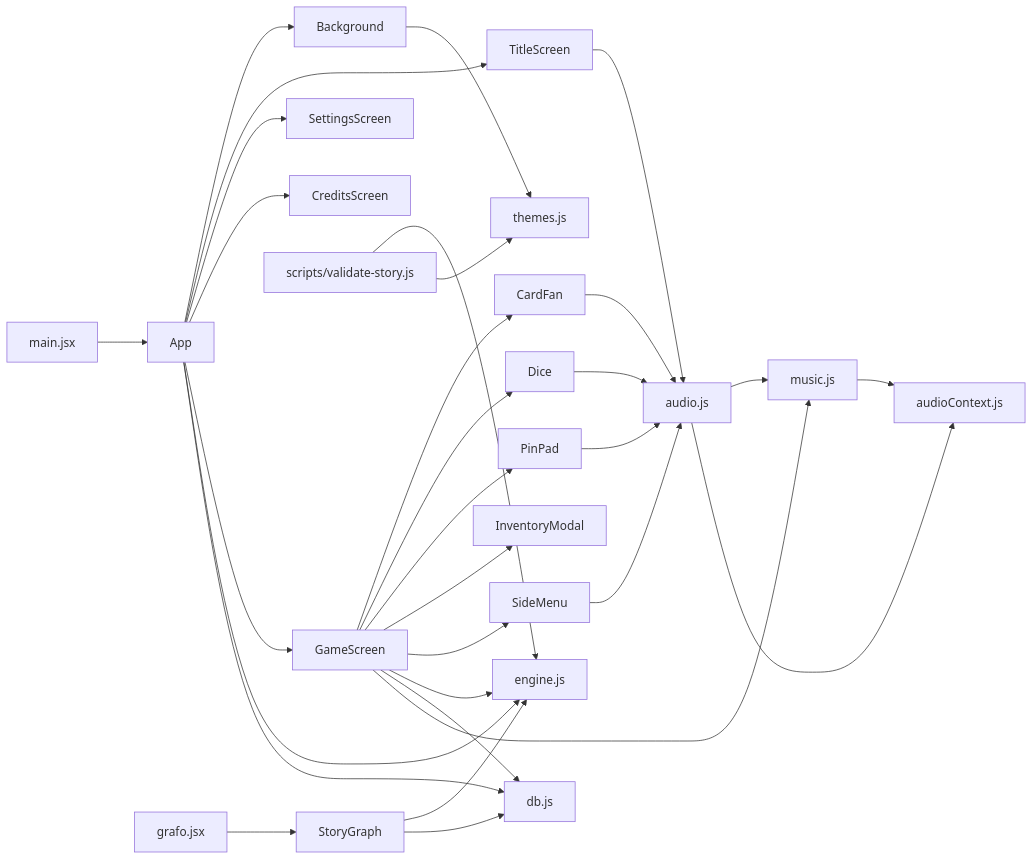
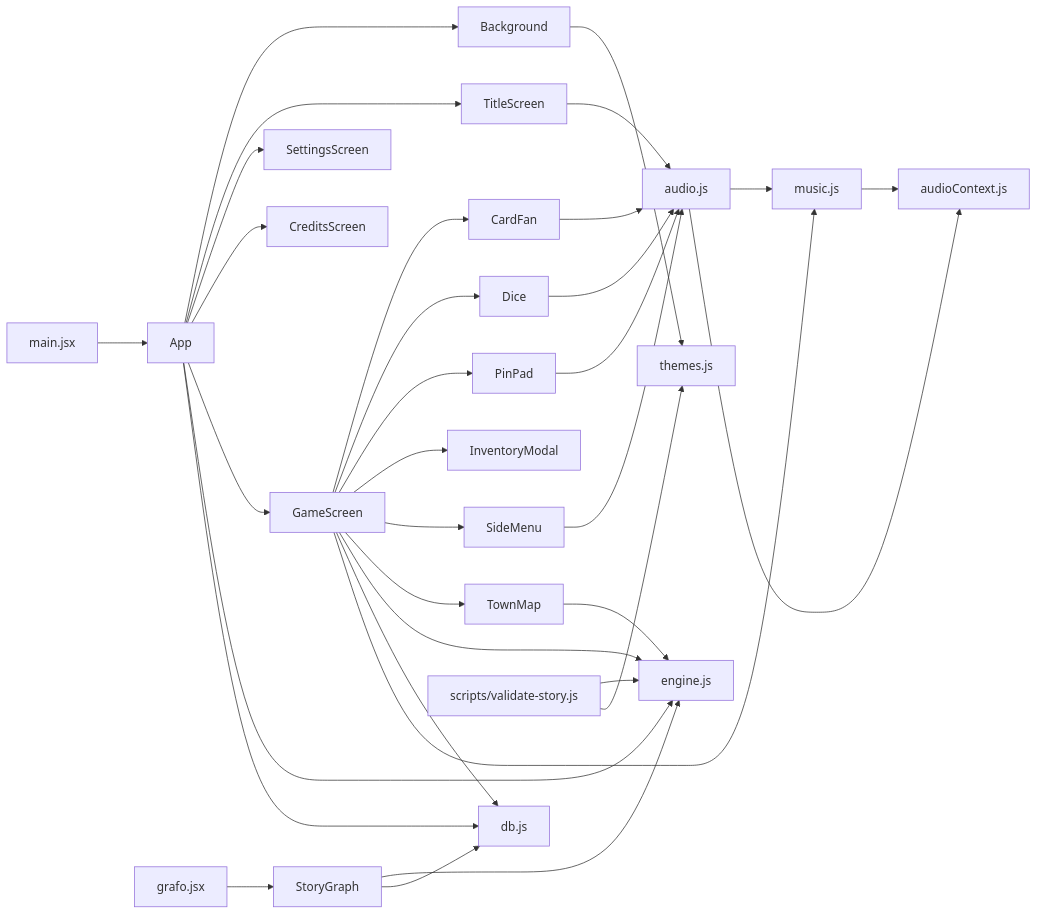
One commit to GiacomoBorsellino/memento changed the first of 3 diagrams in docs/01-architettura.md. Above: the diagram before and after it, drawn with Mermaid. The commit also changed other lines of this file and 14 other files, not shown here.

First line of the commit message:
Town map of Arklow: places discovered in the mist of memory

````diff
--- a/docs/01-architettura.md
+++ b/docs/01-architettura.md
@@ -45,21 +46,22 @@
 ```mermaid
 flowchart LR
   main[main.jsx] --> App
   App --> Background
   App --> TitleScreen & SettingsScreen & CreditsScreen
   App --> GameScreen
   App --> engine[engine.js]
   App --> db[db.js]
-  GameScreen --> CardFan & Dice & PinPad & InventoryModal & SideMenu
+  GameScreen --> CardFan & Dice & PinPad & InventoryModal & SideMenu & TownMap
+  TownMap --> engine
   GameScreen --> engine
   GameScreen --> db
   GameScreen --> music[music.js]
   CardFan & Dice & PinPad & TitleScreen & SideMenu --> audio[audio.js]
   audio --> music
   audio & music --> ac[audioContext.js]
   Background --> themes[themes.js]
   validate[scripts/validate-story.js] --> engine
   validate --> themes
   grafo[grafo.jsx] --> StoryGraph --> engine
   StoryGraph --> db
 ```
````
